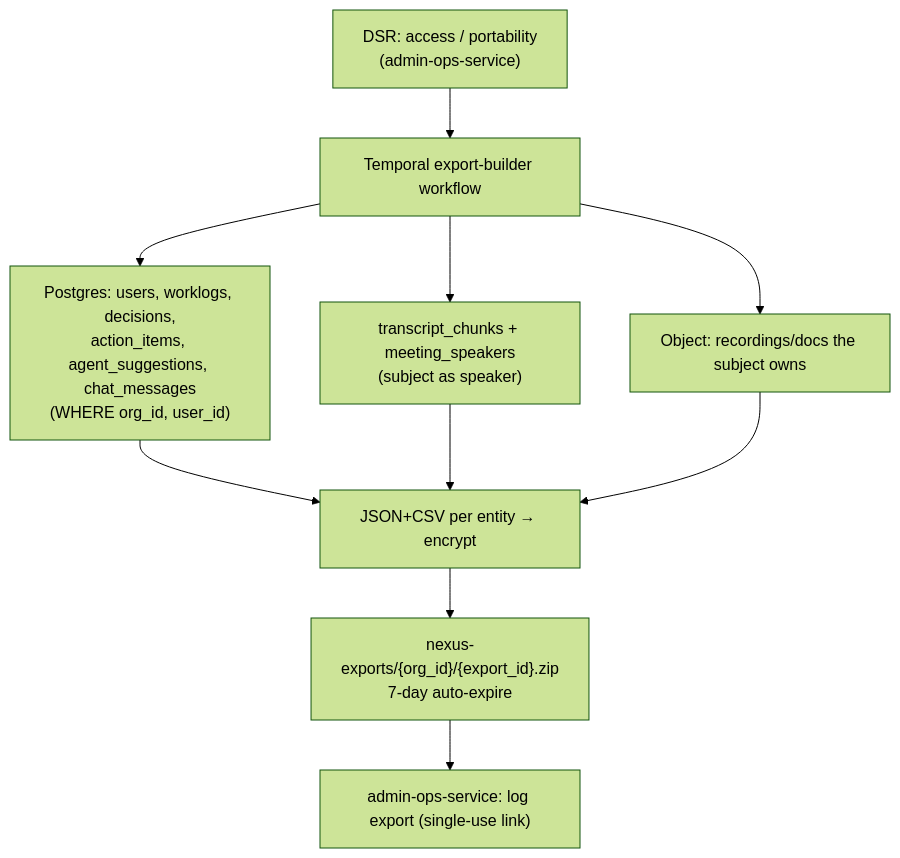
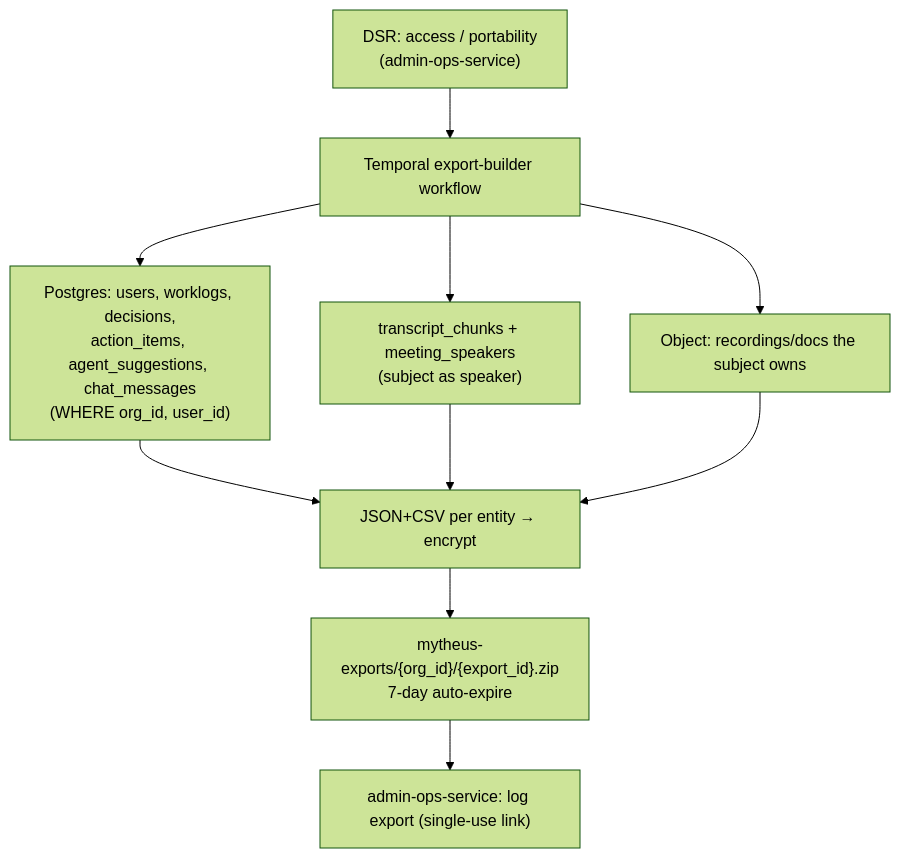
Before and after one commit to Mytheus-AI/mytheus-docs: the second of 8 diagrams in 12-compliance-and-privacy.md, drawn with Mermaid (forest theme). The commit also changed other lines of this file and 28 other files, not shown here.

First line of the commit message:
docs: rename the object storage buckets from nexus-* to mytheus-* (ADR-0028)

````diff
--- a/12-compliance-and-privacy.md
+++ b/12-compliance-and-privacy.md
@@ -95,10 +95,10 @@
 ```mermaid
 flowchart TD
   REQ["DSR: access / portability<br/>(admin-ops-service)"] --> WF["Temporal export-builder workflow"]
   WF --> PG["Postgres: users, worklogs, decisions,<br/>action_items, agent_suggestions, chat_messages<br/>(WHERE org_id, user_id)"]
   WF --> TX["transcript_chunks + meeting_speakers<br/>(subject as speaker)"]
   WF --> OBJ["Object: recordings/docs the subject owns"]
   PG & TX & OBJ --> ZIP["JSON+CSV per entity → encrypt"]
-  ZIP --> EXP["nexus-exports/{org_id}/{export_id}.zip<br/>7-day auto-expire"]
+  ZIP --> EXP["mytheus-exports/{org_id}/{export_id}.zip<br/>7-day auto-expire"]
   EXP --> AUD["admin-ops-service: log export (single-use link)"]
 ```
````
